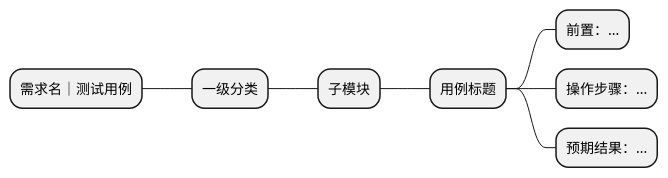
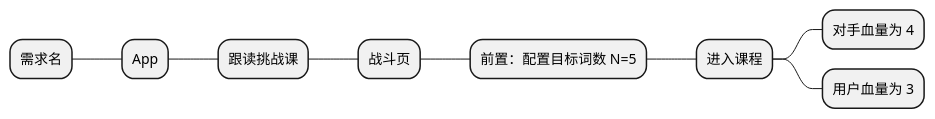
The diagram in skills/qa-testcase-design/references/mindmap-plantuml.md (Areli-ga/qa-common-skill), drawn with PlantUML before and after one commit. The commit also changed other lines of this file and 17 other files, not shown here.

First line of the commit message:
feat(qa-testcase-design): 用例改为按端分组的「操作→结果」短链导图，取消 showcase，飞书只留风险视角

```diff
--- a/skills/qa-testcase-design/references/mindmap-plantuml.md
+++ b/skills/qa-testcase-design/references/mindmap-plantuml.md
@@ -61,9 +50,10 @@
     @startmindmap
-    * 需求名｜测试用例
-    ** 一级分类
-    *** 子模块
-    **** 用例标题
-    ***** 前置：...
-    ***** 操作步骤：...
-    ***** 预期结果：...
+    * 需求名
+    ** App
+    *** 跟读挑战课
+    **** 战斗页
+    ***** 前置：配置目标词数 N=5
+    ****** 进入课程
+    ******* 对手血量为 4
+    ******* 用户血量为 3
     @endmindmap
```
